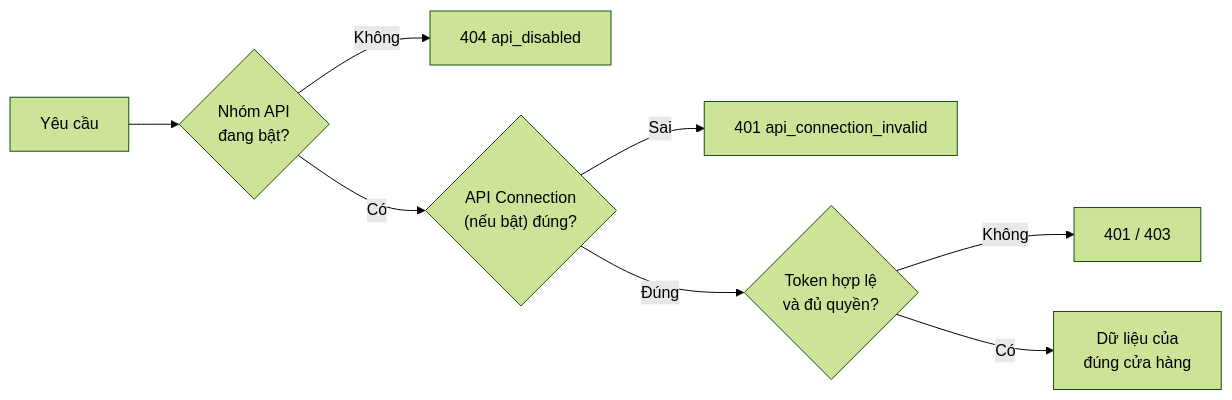
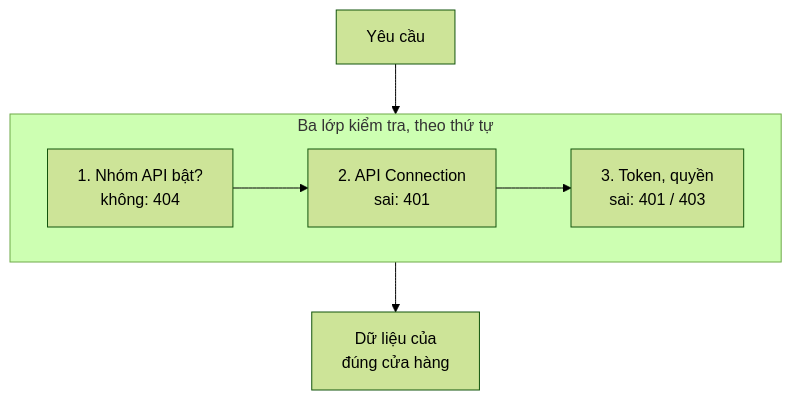
The diagram in api/api-concepts_vi.md (gp247net/gp247-docs), drawn with Mermaid (forest theme) before and after one commit. The commit also changed other lines of this file and 44 other files, not shown here.

First line of the commit message:
docs: redraw oversized diagrams in security, API and MCP docs (vi/en/ja)

````diff
--- a/api/api-concepts_vi.md
+++ b/api/api-concepts_vi.md
@@ -15,10 +15,9 @@
 ```mermaid
-flowchart LR
-    A["Yêu cầu"] --> B{"Nhóm API<br/>đang bật?"}
-    B -- "Không" --> X1["404 api_disabled"]
-    B -- "Có" --> C{"API Connection<br/>(nếu bật) đúng?"}
-    C -- "Sai" --> X2["401 api_connection_invalid"]
-    C -- "Đúng" --> D{"Token hợp lệ<br/>và đủ quyền?"}
-    D -- "Không" --> X3["401 / 403"]
-    D -- "Có" --> E["Dữ liệu của<br/>đúng cửa hàng"]
+flowchart TB
+    A["Yêu cầu"] --> S
+    subgraph S["Ba lớp kiểm tra, theo thứ tự"]
+        direction LR
+        B["1. Nhóm API bật?<br/>không: 404"] --> C["2. API Connection<br/>sai: 401"] --> D["3. Token, quyền<br/>sai: 401 / 403"]
+    end
+    S --> E["Dữ liệu của<br/>đúng cửa hàng"]
 ```
````
